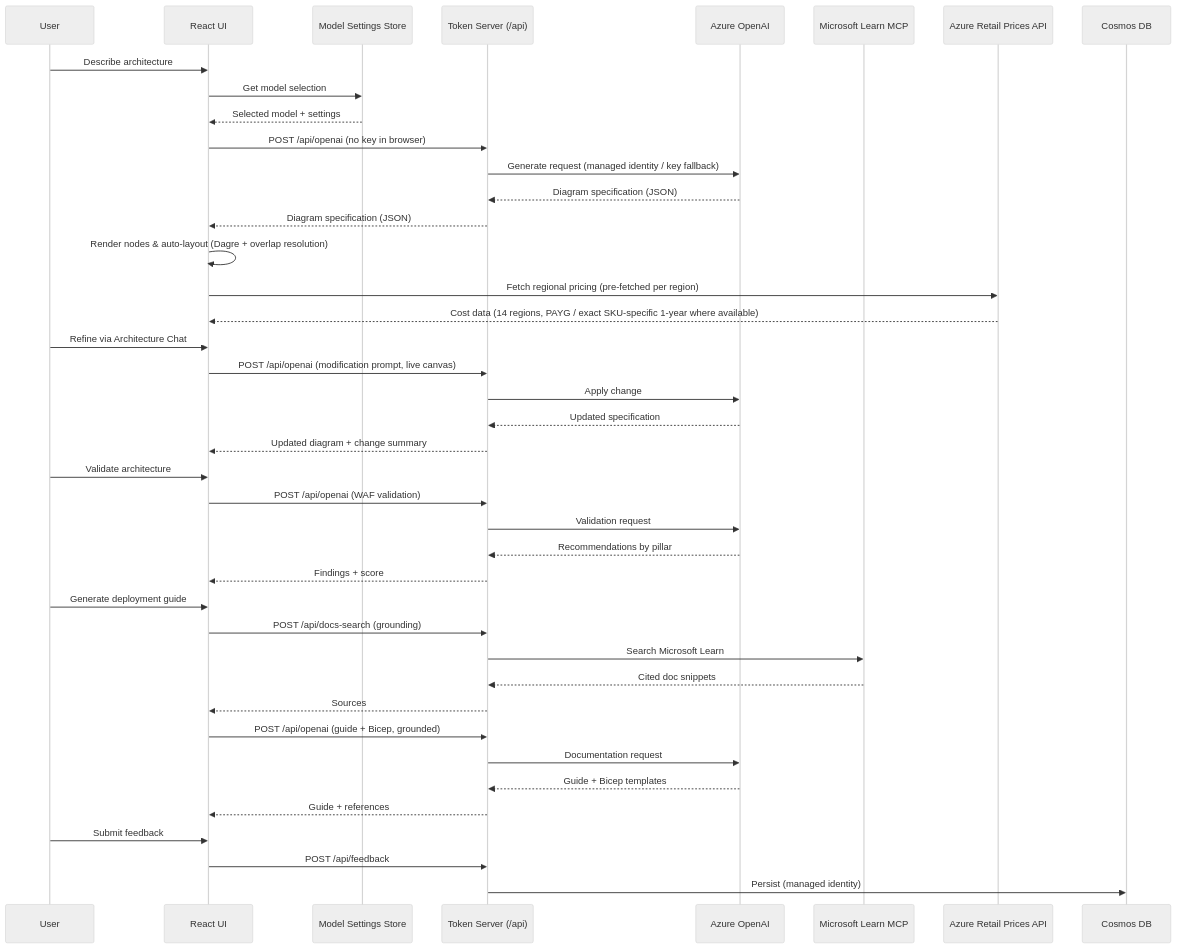
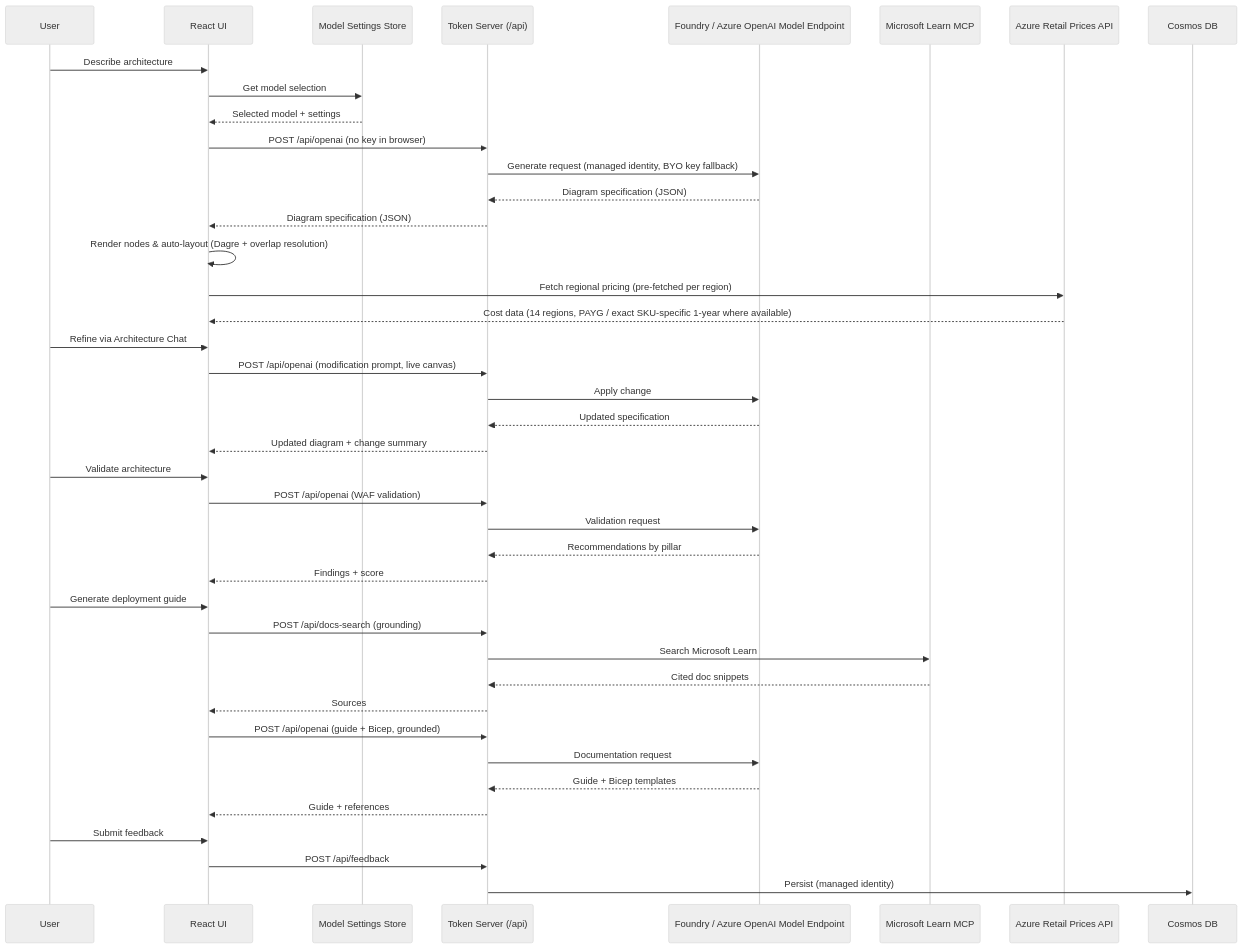
One commit to Arturo-Quiroga-MSFT/azure-architecture-diagram-builder changed the second of 4 diagrams in README.md. Above: the diagram before and after it, drawn with Mermaid (neutral theme). The commit also changed other lines of this file, not shown here.

First line of the commit message:
Align README diagrams with greenfield deployment

````diff
--- a/README.md
+++ b/README.md
@@ -303,48 +303,48 @@
 ```mermaid
 sequenceDiagram
     participant U as User
     participant UI as React UI
     participant MS as Model Settings Store
     participant TS as Token Server (/api)
-    participant AI as Azure OpenAI
+    participant AI as Foundry / Azure OpenAI Model Endpoint
     participant L as Microsoft Learn MCP
     participant P as Azure Retail Prices API
     participant DB as Cosmos DB
 
     U->>UI: Describe architecture
     UI->>MS: Get model selection
     MS-->>UI: Selected model + settings
     UI->>TS: POST /api/openai (no key in browser)
-    TS->>AI: Generate request (managed identity / key fallback)
+    TS->>AI: Generate request (managed identity, BYO key fallback)
     AI-->>TS: Diagram specification (JSON)
     TS-->>UI: Diagram specification (JSON)
     UI->>UI: Render nodes & auto-layout (Dagre + overlap resolution)
     UI->>P: Fetch regional pricing (pre-fetched per region)
     P-->>UI: Cost data (14 regions, PAYG / exact SKU-specific 1-year where available)
 
     U->>UI: Refine via Architecture Chat
     UI->>TS: POST /api/openai (modification prompt, live canvas)
     TS->>AI: Apply change
     AI-->>TS: Updated specification
     TS-->>UI: Updated diagram + change summary
 
     U->>UI: Validate architecture
     UI->>TS: POST /api/openai (WAF validation)
     TS->>AI: Validation request
     AI-->>TS: Recommendations by pillar
     TS-->>UI: Findings + score
 
     U->>UI: Generate deployment guide
     UI->>TS: POST /api/docs-search (grounding)
     TS->>L: Search Microsoft Learn
     L-->>TS: Cited doc snippets
     TS-->>UI: Sources
     UI->>TS: POST /api/openai (guide + Bicep, grounded)
     TS->>AI: Documentation request
     AI-->>TS: Guide + Bicep templates
     TS-->>UI: Guide + references
 
     U->>UI: Submit feedback
     UI->>TS: POST /api/feedback
     TS->>DB: Persist (managed identity)
 ```
````
